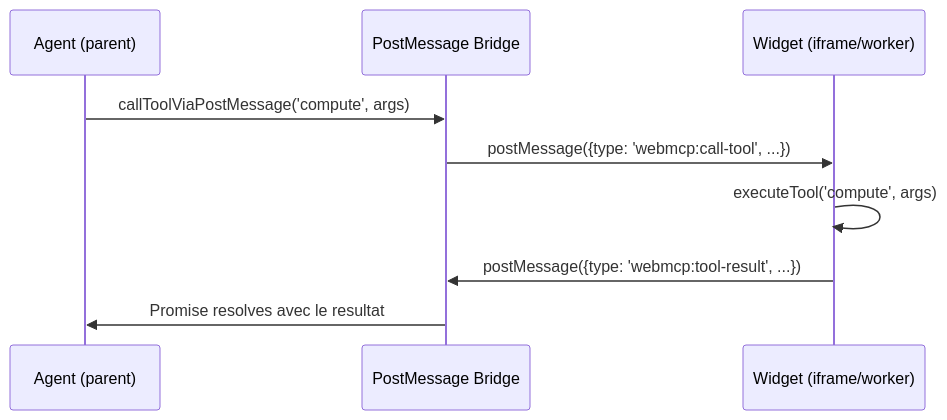
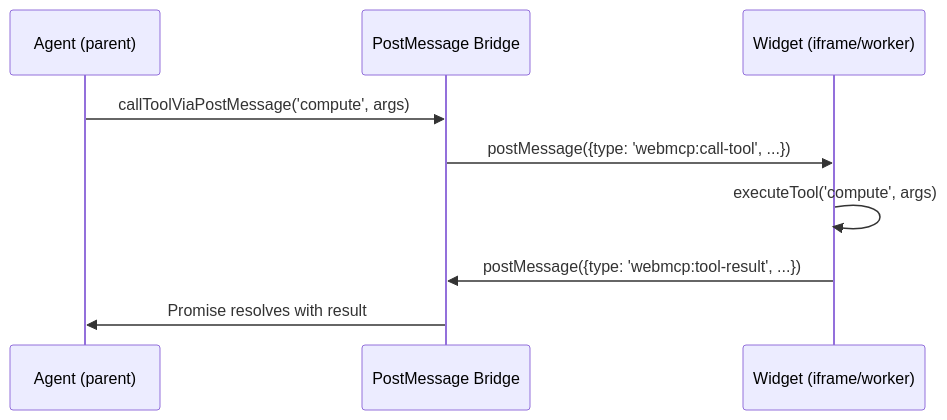
The second of 3 diagrams in docs/starlight/src/content/docs/packages/core.mdx (jeanbaptiste/webmcp-auto-ui), drawn with Mermaid before and after one commit. The commit also changed other lines of this file and 94 other files, not shown here.

````diff
--- a/docs/starlight/src/content/docs/packages/core.mdx
+++ b/docs/starlight/src/content/docs/packages/core.mdx
@@ -567,12 +503,12 @@
 ```mermaid
 sequenceDiagram
     participant Agent as Agent (parent)
     participant Bridge as PostMessage Bridge
     participant Worker as Widget (iframe/worker)
 
     Agent->>Bridge: callToolViaPostMessage('compute', args)
     Bridge->>Worker: postMessage({type: 'webmcp:call-tool', ...})
     Worker->>Worker: executeTool('compute', args)
     Worker->>Bridge: postMessage({type: 'webmcp:tool-result', ...})
-    Bridge->>Agent: Promise resolves avec le resultat
+    Bridge->>Agent: Promise resolves with result
 ```
````
